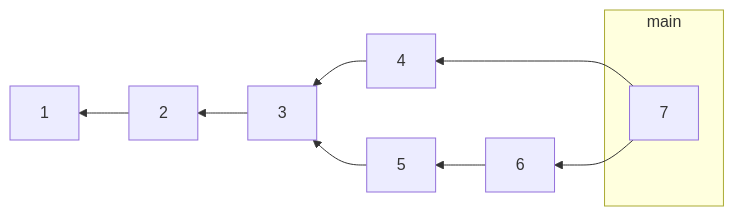
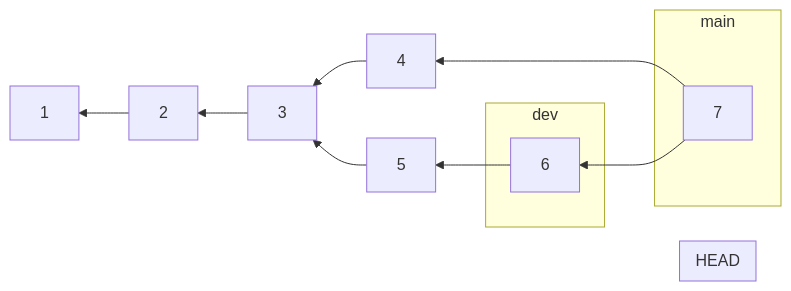
The sixth of 6 diagrams in README.md (ualjjcanada/ejemplosMermade), drawn with Mermaid before and after one commit.

````diff
--- a/README.md
+++ b/README.md
@@ -67,14 +67,20 @@
 ```mermaid
     flowchart RL;
     2-->1;
     3-->2;
     4-->3;
     5-->3;
     6-->5;
     7-->6;
     7-->4;
     subgraph main
     7
     end;
+    subgraph dev
+    6
+    end;
+    subgraph HEAD
+    7
+    end;
     
 ```
````
